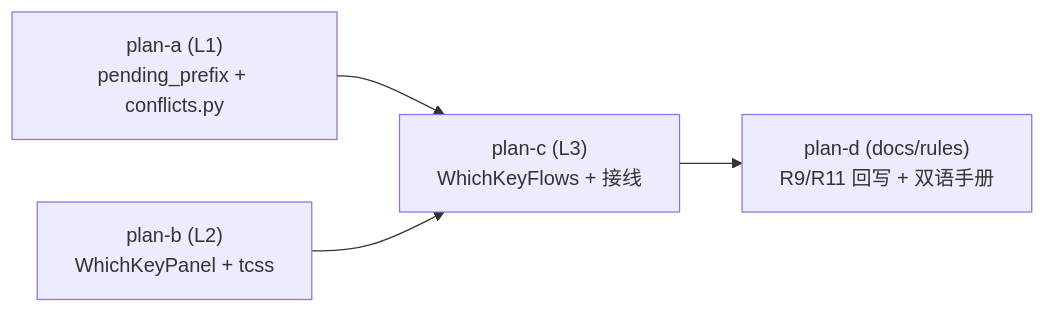
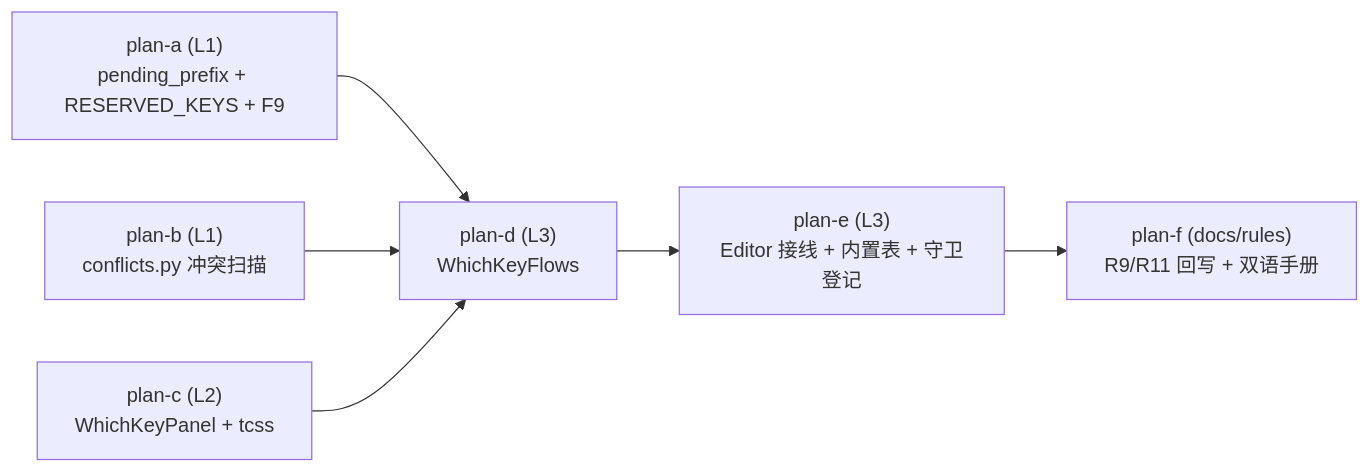
One commit to BigThxBrigde/yate changed the diagram in .trae/documents/which-key-plans/overview.md. Above: the diagram before and after it, drawn with Mermaid. The commit also changed other lines of this file and 8 other files, not shown here.

First line of the commit message:
docs(plans): split which-key sub-plans into six granular plans

````diff
--- a/.trae/documents/which-key-plans/overview.md
+++ b/.trae/documents/which-key-plans/overview.md
@@ -30,6 +34,8 @@
 ```mermaid
 flowchart LR
-    A["plan-a (L1)<br/>pending_prefix + conflicts.py"] --> C["plan-c (L3)<br/>WhichKeyFlows + 接线"]
-    B["plan-b (L2)<br/>WhichKeyPanel + tcss"] --> C
-    C --> D["plan-d (docs/rules)<br/>R9/R11 回写 + 双语手册"]
+    A["plan-a (L1)<br/>pending_prefix + RESERVED_KEYS + F9"] --> D["plan-d (L3)<br/>WhichKeyFlows"]
+    B["plan-b (L1)<br/>conflicts.py 冲突扫描"] --> D
+    C["plan-c (L2)<br/>WhichKeyPanel + tcss"] --> D
+    D --> E["plan-e (L3)<br/>Editor 接线 + 内置表 + 守卫登记"]
+    E --> F["plan-f (docs/rules)<br/>R9/R11 回写 + 双语手册"]
 ```
````
